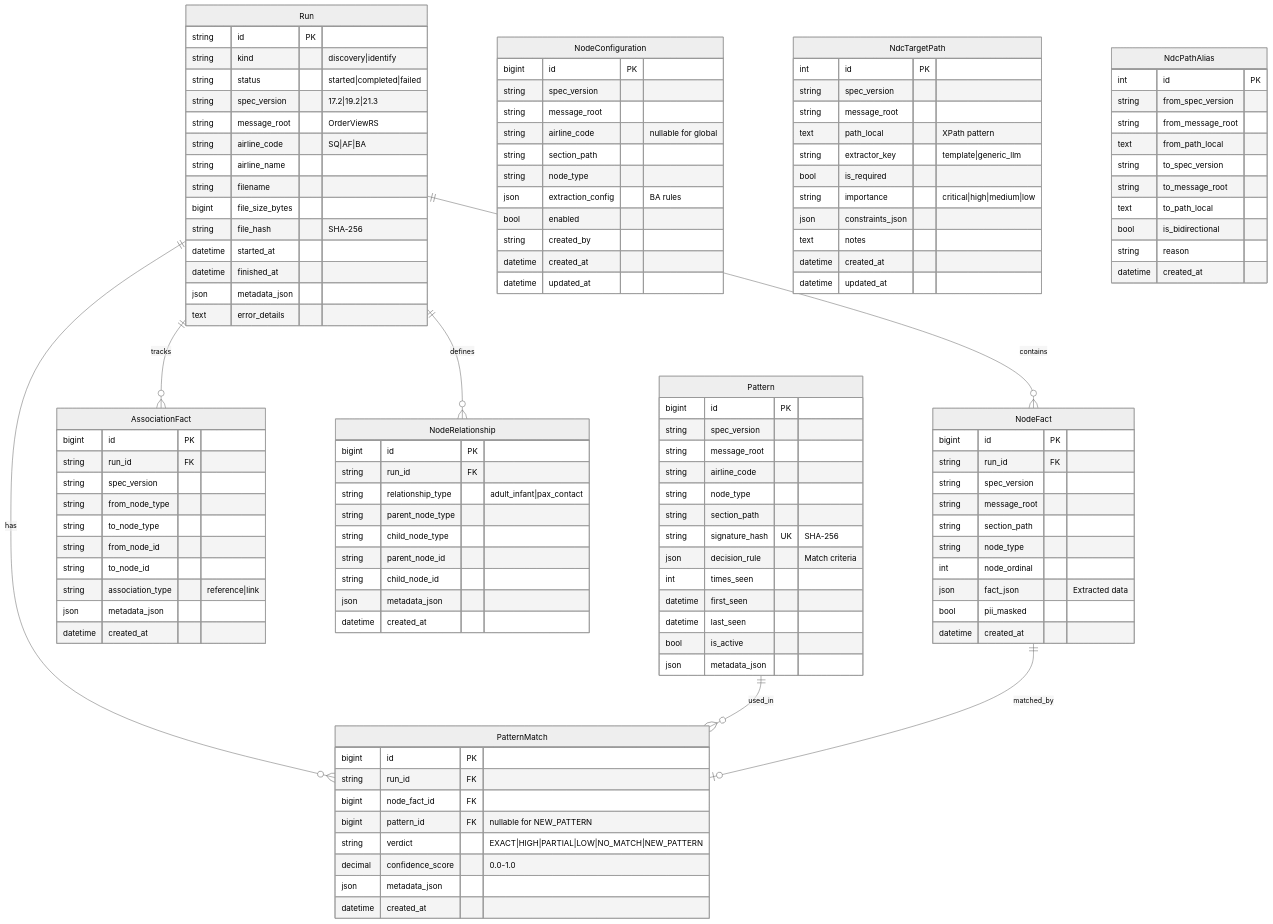
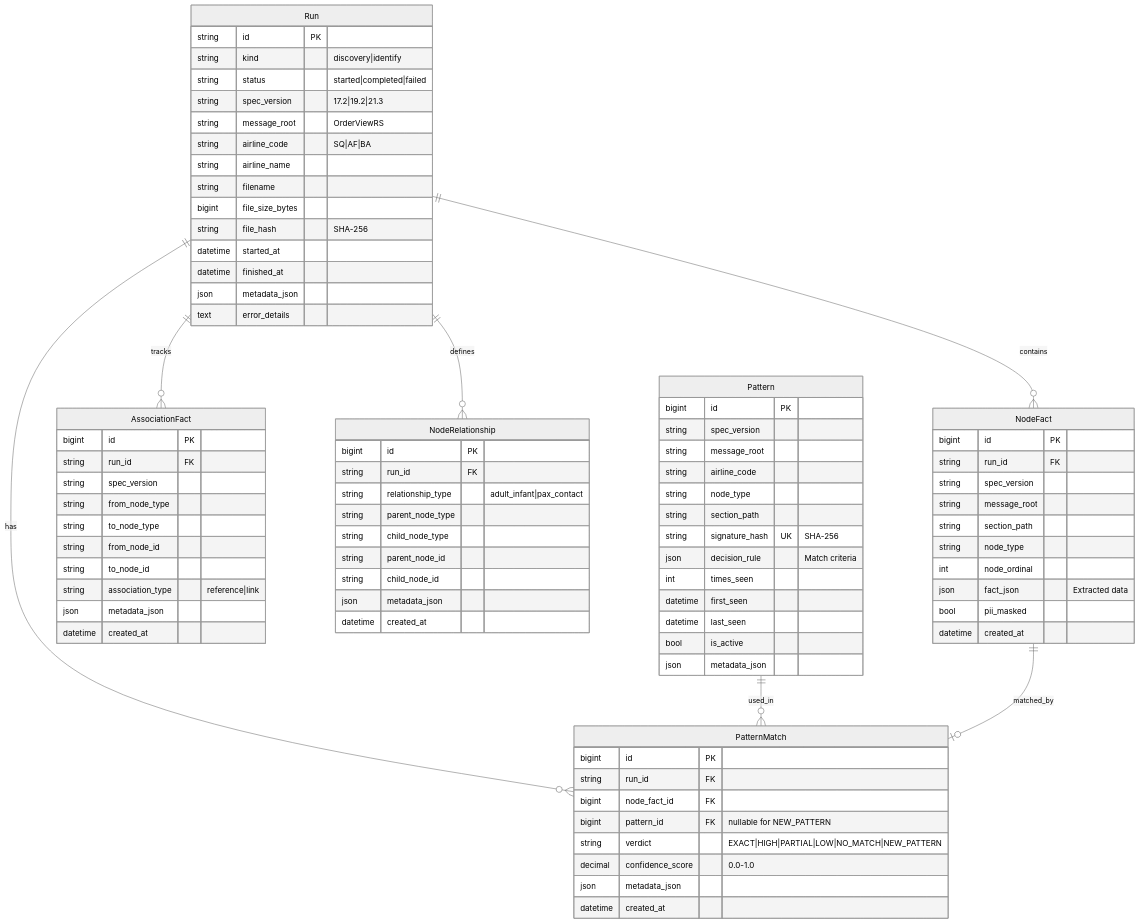
The eighth of 13 diagrams in docs/System_Diagrams.md (nikhil-codes-hub/ad_revamped), drawn with Mermaid (neutral theme) before and after one commit. The commit also changed other lines of this file, not shown here.

First paragraph of the commit message:
Reorganize class diagrams: Separate transactional and configuration models
Problem:
NodeConfiguration and NdcTargetPath appeared in core data models diagram
but had no relationships shown, making it unclear how they're used.

```diff
--- a/docs/System_Diagrams.md
+++ b/docs/System_Diagrams.md
@@ -741,47 +782,6 @@
         datetime created_at
     }
 
-    NodeConfiguration {
-        bigint id PK
-        string spec_version
-        string message_root
-        string airline_code "nullable for global"
-        string section_path
-        string node_type
-        json extraction_config "BA rules"
-        bool enabled
-        string created_by
-        datetime created_at
-        datetime updated_at
-    }
-
-    NdcTargetPath {
-        int id PK
-        string spec_version
-        string message_root
-        text path_local "XPath pattern"
-        string extractor_key "template|generic_llm"
-        bool is_required
-        string importance "critical|high|medium|low"
-        json constraints_json
-        text notes
-        datetime created_at
-        datetime updated_at
-    }
-
-    NdcPathAlias {
-        int id PK
-        string from_spec_version
-        string from_message_root
-        text from_path_local
-        string to_spec_version
-        string to_message_root
-        text to_path_local
-        bool is_bidirectional
-        string reason
-        datetime created_at
-    }
-
     AssociationFact {
         bigint id PK
         string run_id FK
```
